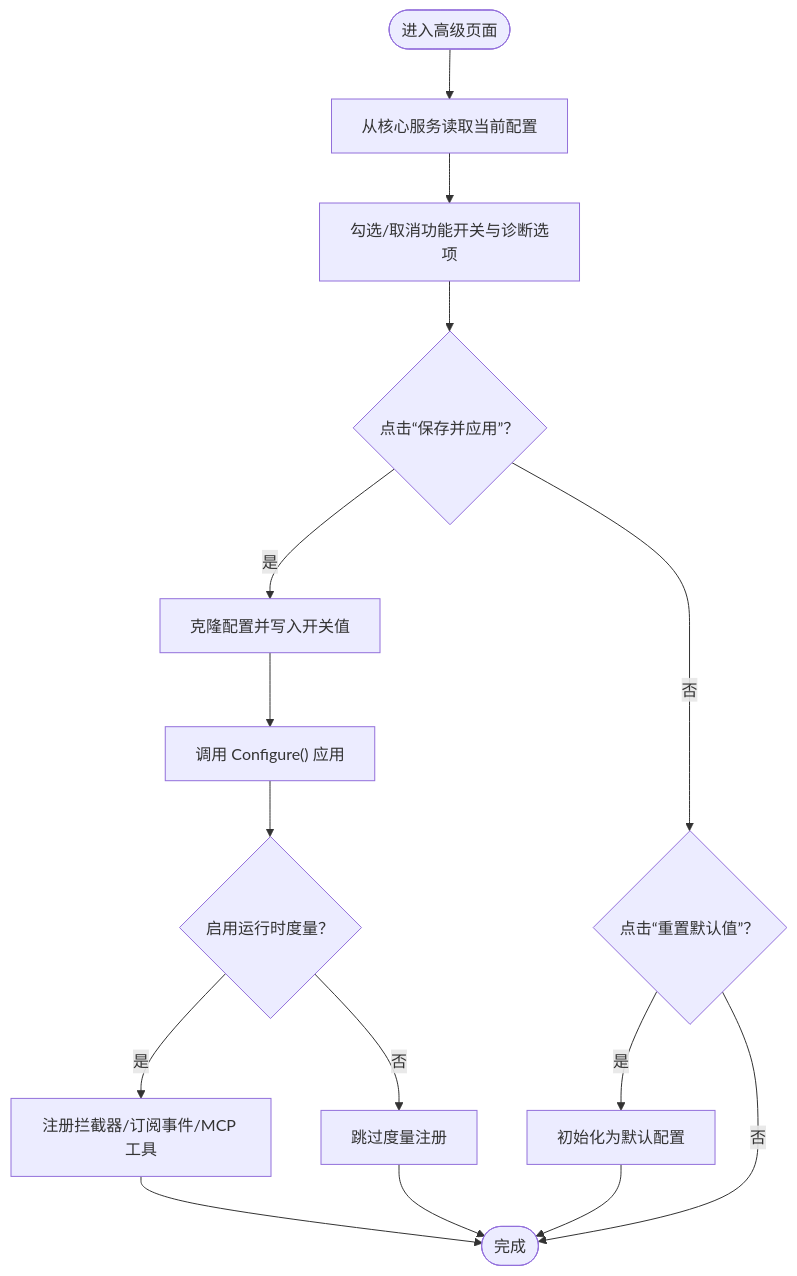
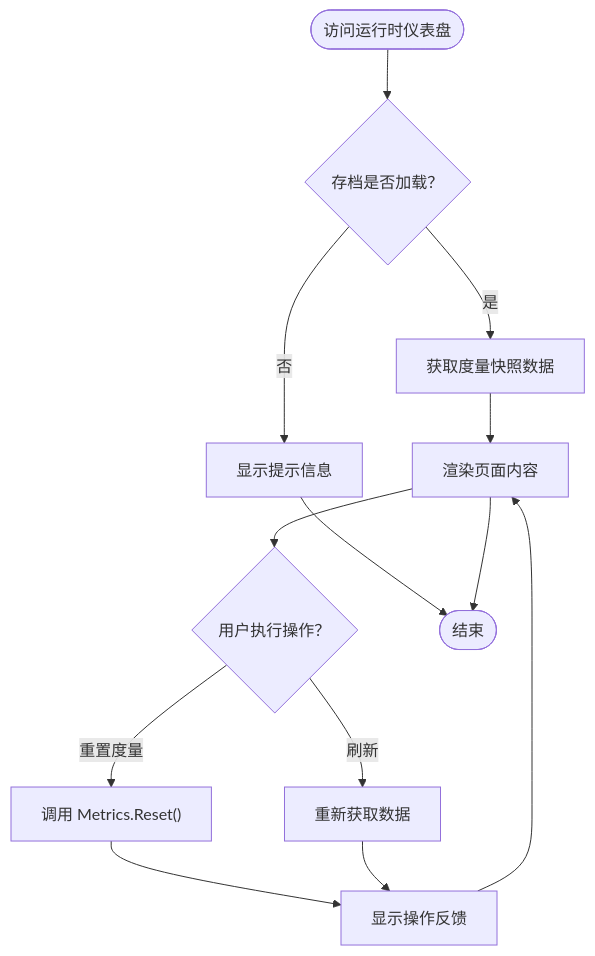
The third of 8 diagrams in .qoder/repowiki/zh/content/用户界面系统/高级页面.md (suzvka/RimLife), drawn with Mermaid before and after one commit. The commit also changed other lines of this file and 19 other files, not shown here.

````diff
--- a/.qoder/repowiki/zh/content/用户界面系统/高级页面.md
+++ b/.qoder/repowiki/zh/content/用户界面系统/高级页面.md
@@ -173,17 +181,15 @@
 ```mermaid
 flowchart TD
-Start(["进入高级页面"]) --> Load["从核心服务读取当前配置"]
-Load --> Edit["勾选/取消功能开关与诊断选项"]
-Edit --> Save{"点击“保存并应用”？"}
-Save --> |是| Apply["克隆配置并写入开关值"]
-Apply --> Configure["调用 Configure() 应用"]
-Configure --> Metrics{"启用运行时度量？"}
-Metrics --> |是| Reg["注册拦截器/订阅事件/MCP 工具"]
-Metrics --> |否| Skip["跳过度量注册"]
-Reg --> Done(["完成"])
-Skip --> Done
-Save --> |否| Reset{"点击“重置默认值”？"}
-Reset --> |是| Defaults["初始化为默认配置"]
-Defaults --> Done
-Reset --> |否| Done
+Start(["访问运行时仪表盘"]) --> CheckSave{"存档是否加载？"}
+CheckSave --> |否| Hint["显示提示信息"]
+CheckSave --> |是| LoadData["获取度量快照数据"]
+LoadData --> Render["渲染页面内容"]
+Render --> UserAction{"用户执行操作？"}
+UserAction --> |重置度量| Reset["调用 Metrics.Reset()"]
+UserAction --> |刷新| Refresh["重新获取数据"]
+Reset --> Feedback["显示操作反馈"]
+Refresh --> Feedback
+Feedback --> Render
+Hint --> End(["结束"])
+Render --> End
 ```
````
